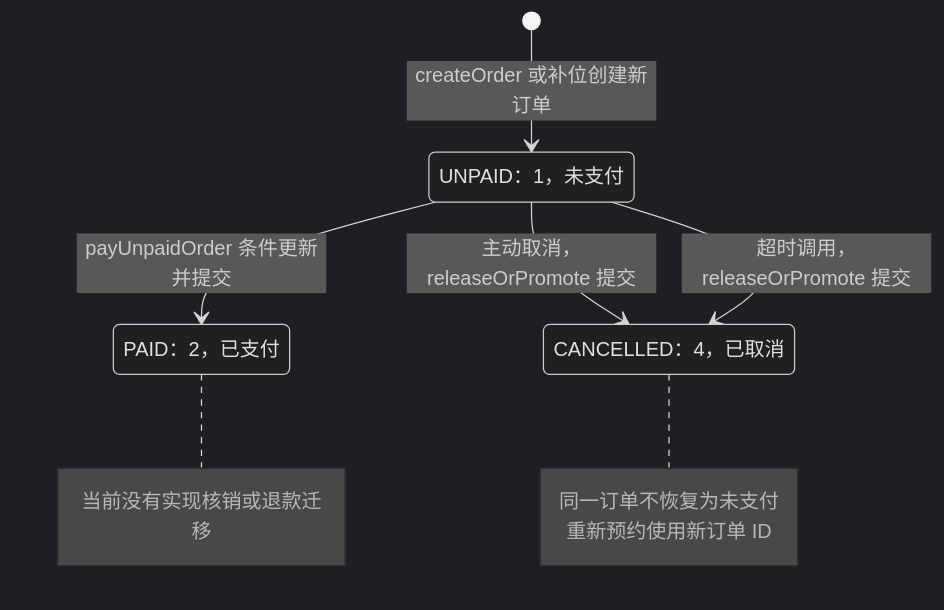
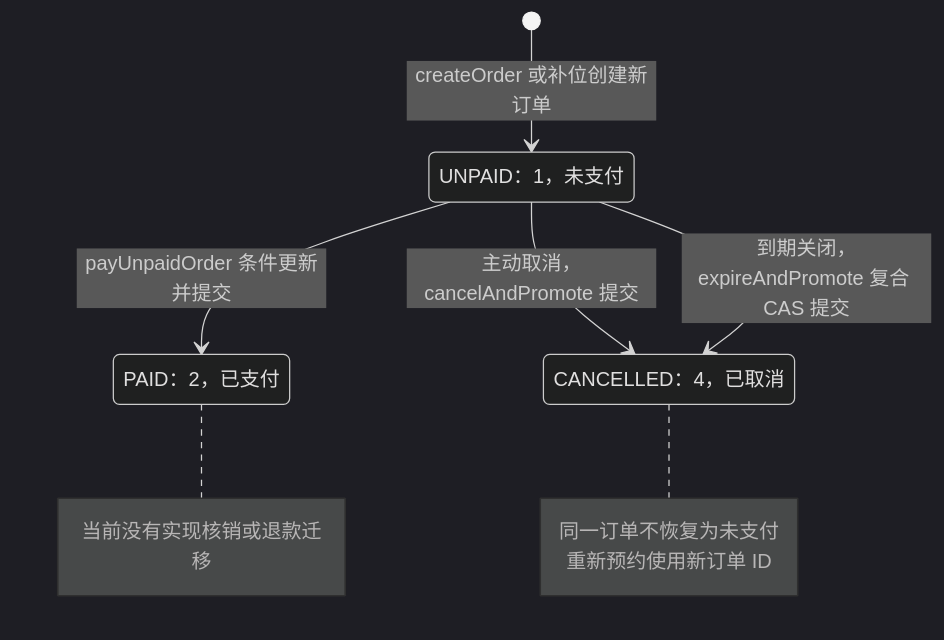
Before and after one commit to SyH-101/citypass-platform: the first of 8 diagrams in 02-订单状态机与并发控制.md, drawn with Mermaid (dark theme). The commit also changed other lines of this file and 1 other file, not shown here.

````diff
--- a/02-订单状态机与并发控制.md
+++ b/02-订单状态机与并发控制.md
@@ -169,17 +169,17 @@
 ```mermaid
 stateDiagram-v2
     [*] --> UNPAID: createOrder 或补位创建新订单
     state "UNPAID：1，未支付" as UNPAID
     state "PAID：2，已支付" as PAID
     state "CANCELLED：4，已取消" as CANCELLED
     UNPAID --> PAID: payUnpaidOrder 条件更新并提交
-    UNPAID --> CANCELLED: 主动取消，releaseOrPromote 提交
-    UNPAID --> CANCELLED: 超时调用，releaseOrPromote 提交
+    UNPAID --> CANCELLED: 主动取消，cancelAndPromote 提交
+    UNPAID --> CANCELLED: 到期关闭，expireAndPromote 复合 CAS 提交
     note right of PAID
         当前没有实现核销或退款迁移
     end note
     note right of CANCELLED
         同一订单不恢复为未支付
         重新预约使用新订单 ID
     end note
 ```
````
